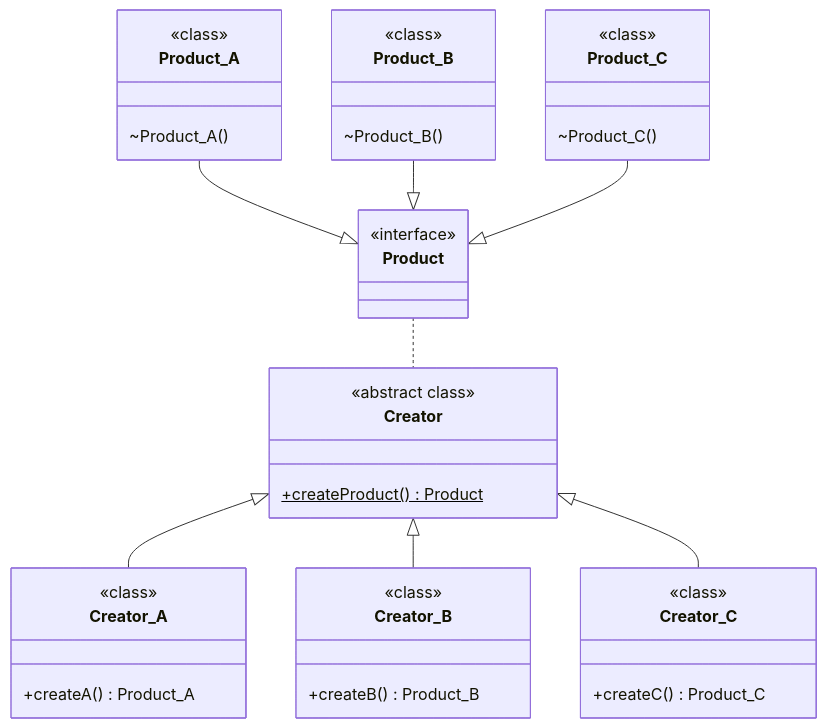
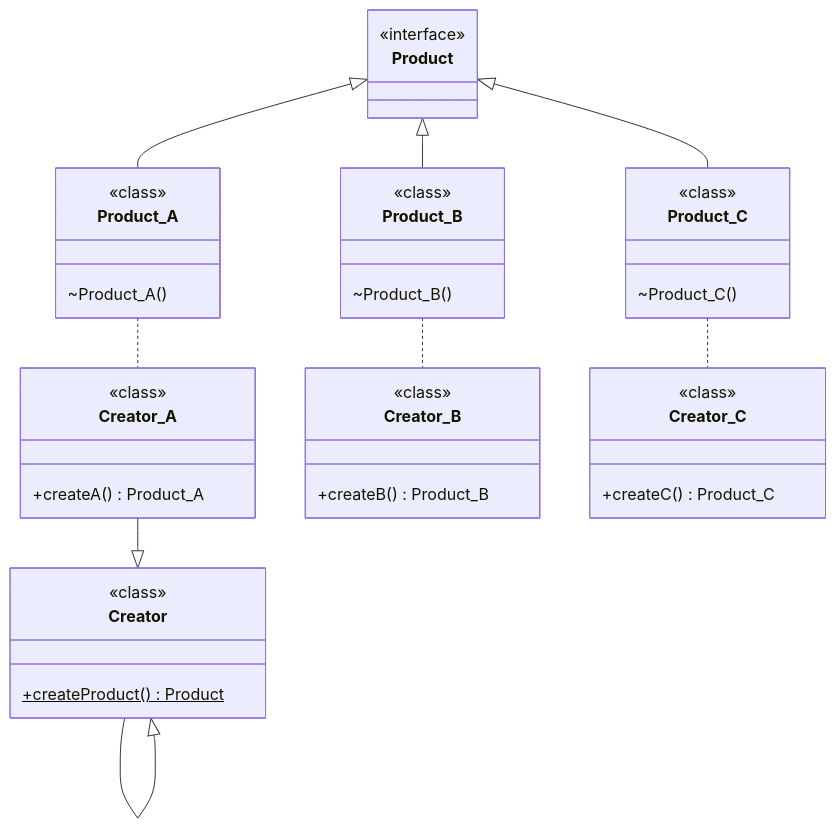
One commit to angelromarco04/MyNotes changed the diagram in Programming/Patterns/data/FactoryMethod.md. Above: the diagram before and after it, drawn with Mermaid.

Commit message:
vault backup: 2024-03-16 13:39:47

````diff
--- a/Programming/Patterns/data/FactoryMethod.md
+++ b/Programming/Patterns/data/FactoryMethod.md
@@ -29,51 +29,55 @@
 ```mermaid
 classDiagram
 direction TB
-Product_A --|> Product
-Product_B --|> Product
-Product_C --|> Product
-Product .. Creator
-Creator <|-- Creator_A
-Creator <|-- Creator_B
-Creator <|-- Creator_C
+Product <|--  Product_A
+Product <|-- Product_B
+Product <|-- Product_C
+
+Product_A .. Creator_A
+Product_B .. Creator_B
+Product_C .. Creator_C
+
+Creator_A --|> Creator
+Creator --|> Creator
+Creator --|> Creator
 
 class Product {
 	<<interface>>
 }
 
 class Product_A {
 	<<class>>
 	~Product_A()
 }
 
 class Product_B {
 	<<class>>
 	~Product_B()
 }
 
 class Product_C {
 	<<class>>
 	~Product_C()
 }
 
 class Creator {
-	<<abstract class>>
+	<<class>>
 	+createProduct() Product$
 }
 
 class Creator_A {
 	<<class>>
 	+createA() Product_A
 }
 
 class Creator_B {
 	<<class>>
 	+createB() Product_B
 }
 
 class Creator_C {
 	<<class>>
 	+createC() Product_C
 }
 
 ```
````
